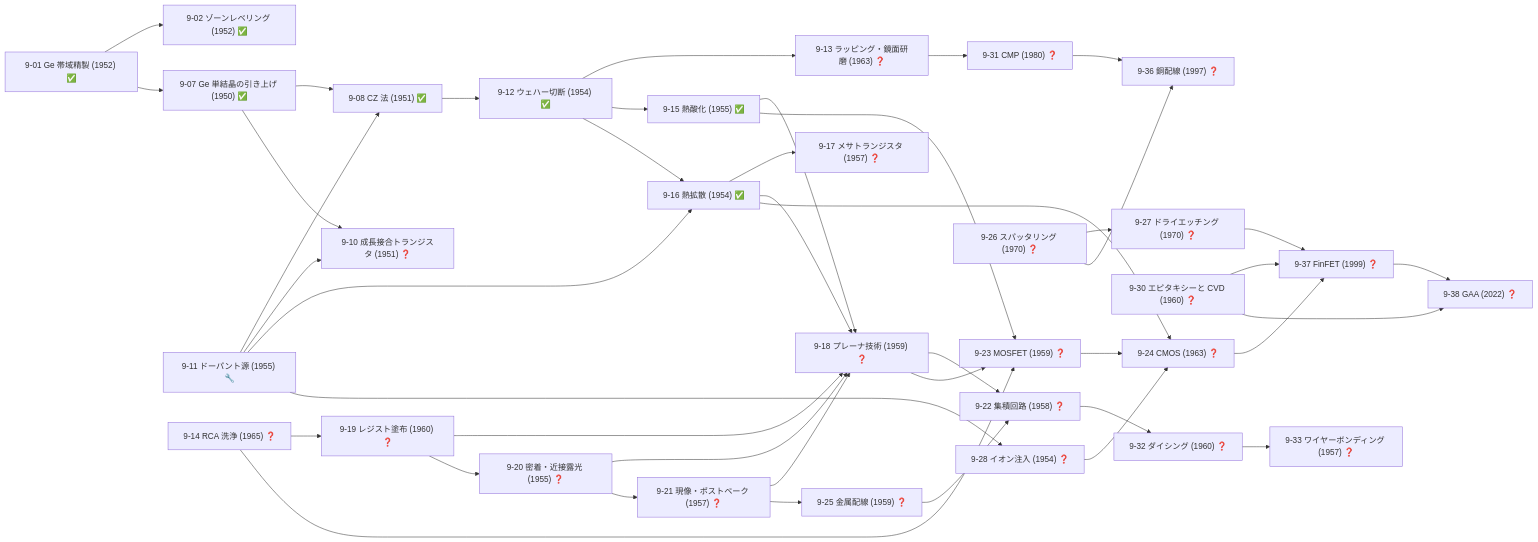
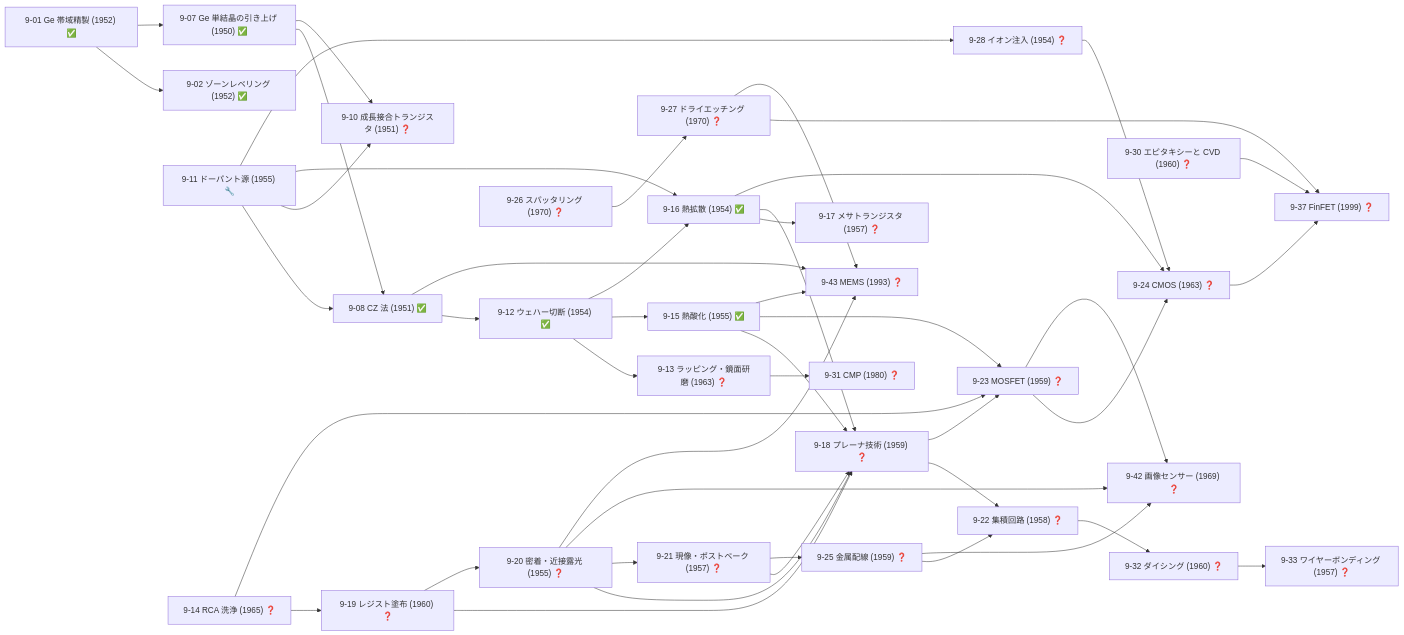
Diagram 12 of 19 in docs/TECH_TREE_VIEW.md (taku3i0317-collab/semiconductor-lab), drawn with Mermaid before and after one commit. The commit also changed other lines of this file and 7 other files, not shown here.

````diff
--- a/docs/TECH_TREE_VIEW.md
+++ b/docs/TECH_TREE_VIEW.md
@@ -606,74 +608,77 @@
 ```mermaid
 graph LR
   n9_01["9-01 Ge 帯域精製 (1952) ✅"]
   n9_02["9-02 ゾーンレベリング (1952) ✅"]
   n9_07["9-07 Ge 単結晶の引き上げ (1950) ✅"]
   n9_08["9-08 CZ 法 (1951) ✅"]
   n9_10["9-10 成長接合トランジスタ (1951) ❓"]
   n9_11["9-11 ドーパント源 (1955) 🔧"]
   n9_12["9-12 ウェハー切断 (1954) ✅"]
   n9_13["9-13 ラッピング・鏡面研磨 (1963) ❓"]
   n9_14["9-14 RCA 洗浄 (1965) ❓"]
   n9_15["9-15 熱酸化 (1955) ✅"]
   n9_16["9-16 熱拡散 (1954) ✅"]
   n9_17["9-17 メサトランジスタ (1957) ❓"]
   n9_18["9-18 プレーナ技術 (1959) ❓"]
   n9_19["9-19 レジスト塗布 (1960) ❓"]
   n9_20["9-20 密着・近接露光 (1955) ❓"]
   n9_21["9-21 現像・ポストベーク (1957) ❓"]
   n9_22["9-22 集積回路 (1958) ❓"]
   n9_23["9-23 MOSFET (1959) ❓"]
   n9_24["9-24 CMOS (1963) ❓"]
   n9_25["9-25 金属配線 (1959) ❓"]
   n9_26["9-26 スパッタリング (1970) ❓"]
   n9_27["9-27 ドライエッチング (1970) ❓"]
   n9_28["9-28 イオン注入 (1954) ❓"]
   n9_30["9-30 エピタキシーと CVD (1960) ❓"]
   n9_31["9-31 CMP (1980) ❓"]
   n9_32["9-32 ダイシング (1960) ❓"]
   n9_33["9-33 ワイヤーボンディング (1957) ❓"]
-  n9_36["9-36 銅配線 (1997) ❓"]
   n9_37["9-37 FinFET (1999) ❓"]
-  n9_38["9-38 GAA (2022) ❓"]
+  n9_42["9-42 画像センサー (1969) ❓"]
+  n9_43["9-43 MEMS (1993) ❓"]
   n9_01-->n9_02
   n9_01-->n9_07
   n9_07-->n9_08
   n9_11-->n9_08
   n9_07-->n9_10
   n9_11-->n9_10
   n9_08-->n9_12
   n9_12-->n9_13
   n9_12-->n9_15
   n9_11-->n9_16
   n9_12-->n9_16
   n9_16-->n9_17
   n9_15-->n9_18
   n9_16-->n9_18
   n9_19-->n9_18
   n9_20-->n9_18
   n9_21-->n9_18
   n9_14-->n9_19
   n9_19-->n9_20
   n9_20-->n9_21
   n9_18-->n9_22
   n9_25-->n9_22
   n9_14-->n9_23
   n9_15-->n9_23
   n9_18-->n9_23
   n9_16-->n9_24
   n9_23-->n9_24
   n9_28-->n9_24
   n9_21-->n9_25
   n9_26-->n9_27
   n9_11-->n9_28
   n9_13-->n9_31
   n9_22-->n9_32
   n9_32-->n9_33
-  n9_26-->n9_36
-  n9_31-->n9_36
   n9_24-->n9_37
   n9_27-->n9_37
   n9_30-->n9_37
-  n9_30-->n9_38
-  n9_37-->n9_38
+  n9_20-->n9_42
+  n9_23-->n9_42
+  n9_25-->n9_42
+  n9_08-->n9_43
+  n9_15-->n9_43
+  n9_20-->n9_43
+  n9_27-->n9_43
 ```
````
